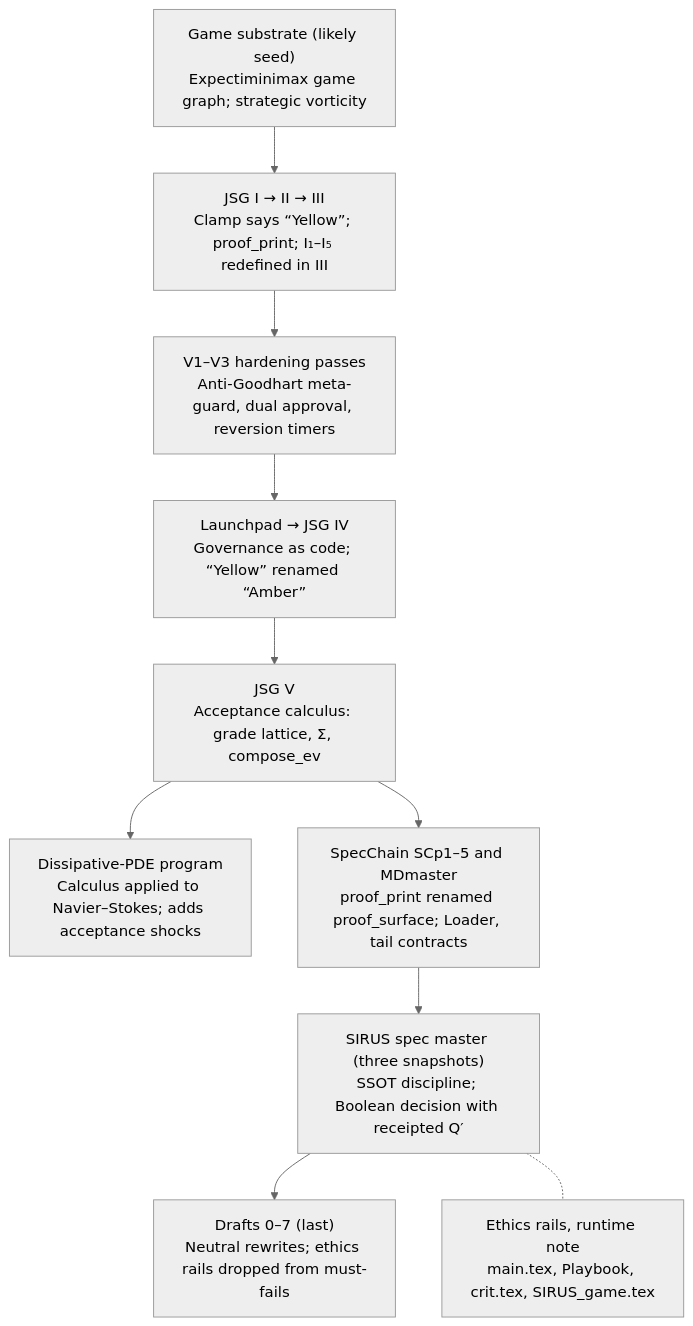
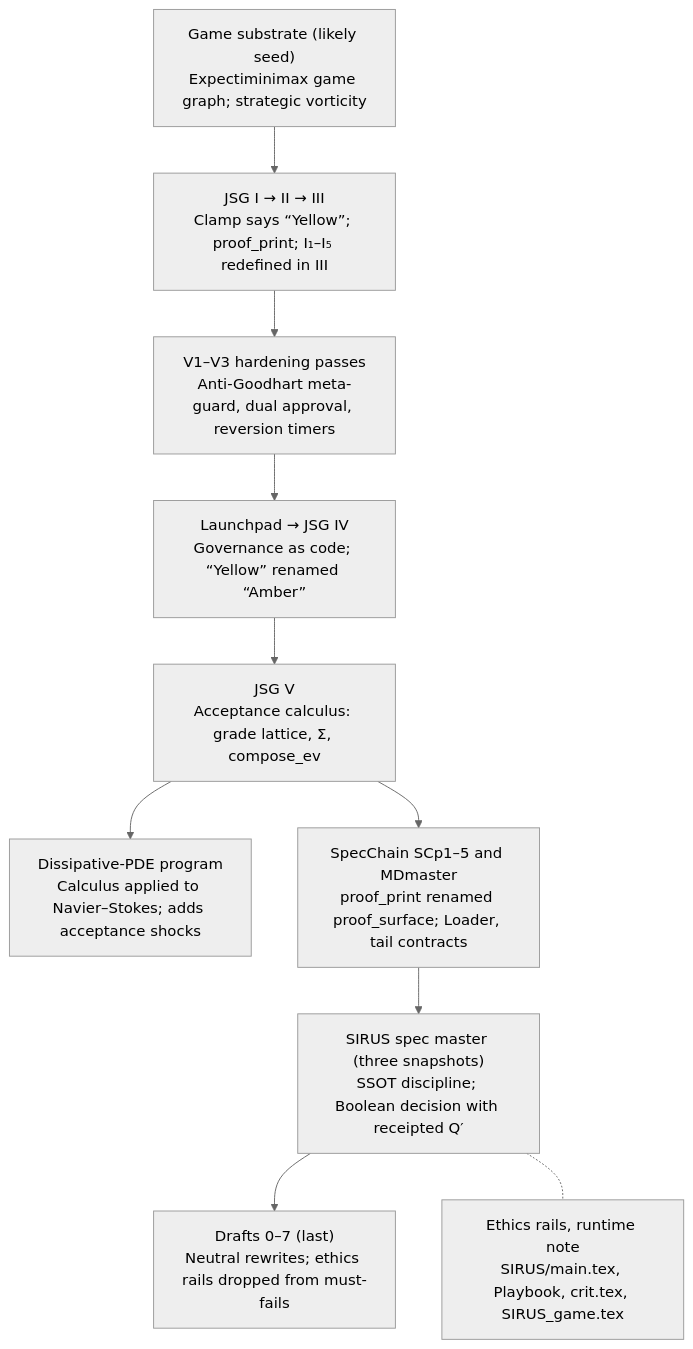
The diagram in guide/MASTER_GUIDE.md (marleymcwilliams/LibSpec), drawn with Mermaid (neutral theme) before and after one commit. The commit also changed other lines of this file, not shown here.

First line of the commit message:
docs: fix JSG V symbols, add Lax Exchange defect, cite SIRUS/main.tex

````diff
--- a/guide/MASTER_GUIDE.md
+++ b/guide/MASTER_GUIDE.md
@@ -18,16 +18,16 @@
 ```mermaid
 flowchart TB
   seed["Game substrate (likely seed)<br/>Expectiminimax game graph; strategic vorticity"]
   jsg13["JSG I → II → III<br/>Clamp says “Yellow”; proof_print; I₁–I₅ redefined in III"]
   v13["V1–V3 hardening passes<br/>Anti-Goodhart meta-guard, dual approval, reversion timers"]
   jsg4["Launchpad → JSG IV<br/>Governance as code; “Yellow” renamed “Amber”"]
   jsg5["JSG V<br/>Acceptance calculus: grade lattice, Σ, compose_ev"]
   pde["Dissipative-PDE program<br/>Calculus applied to Navier–Stokes; adds acceptance shocks"]
   spec["SpecChain SCp1–5 and MDmaster<br/>proof_print renamed proof_surface; Loader, tail contracts"]
   sirus["SIRUS spec master (three snapshots)<br/>SSOT discipline; Boolean decision with receipted Q′"]
-  ethics["Ethics rails, runtime note<br/>main.tex, Playbook, crit.tex, SIRUS_game.tex"]
+  ethics["Ethics rails, runtime note<br/>SIRUS/main.tex, Playbook, crit.tex, SIRUS_game.tex"]
   drafts["Drafts 0–7 (last)<br/>Neutral rewrites; ethics rails dropped from must-fails"]
   seed --> jsg13 --> v13 --> jsg4 --> jsg5 --> spec --> sirus --> drafts
   jsg5 --> pde
   sirus -.- ethics
 ```
````
